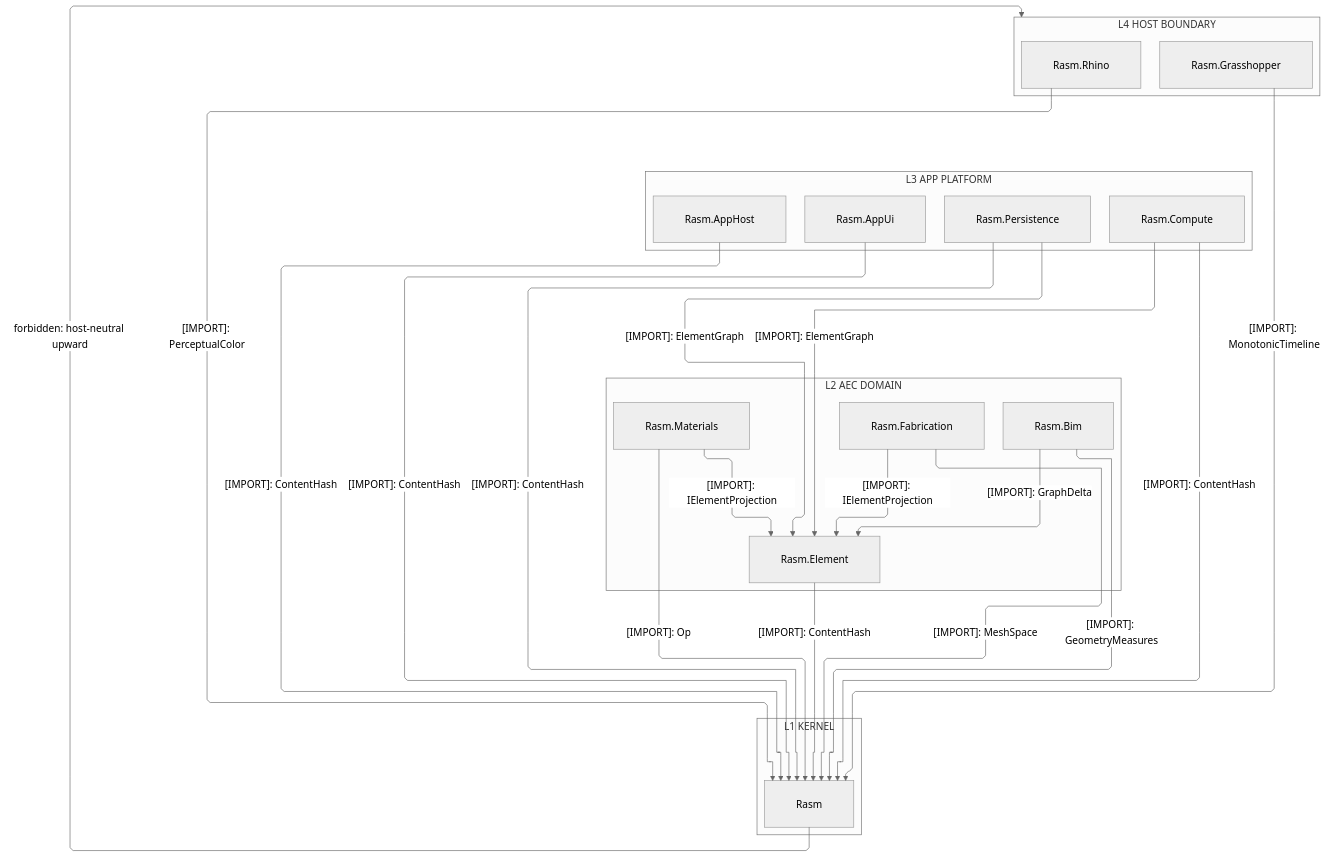
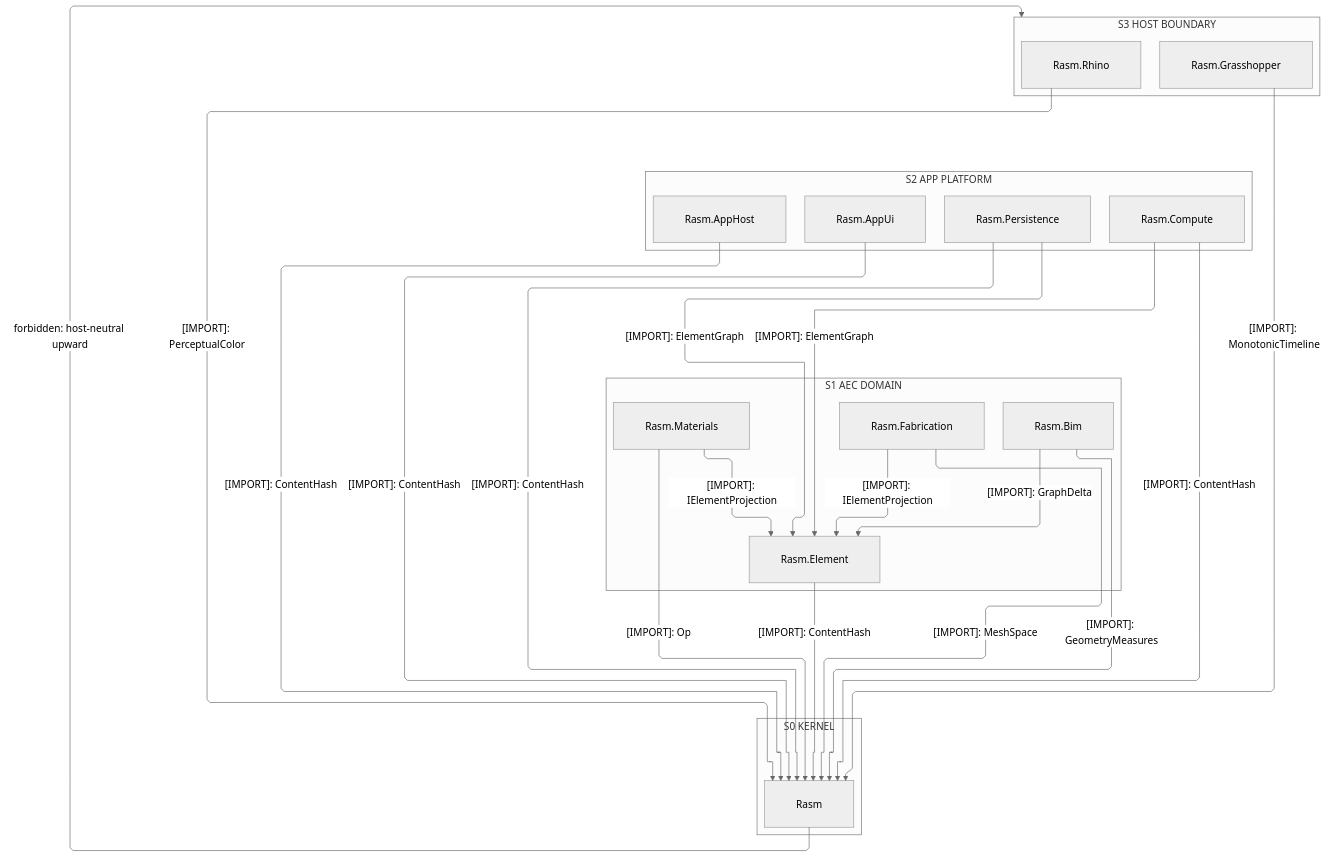
Before and after one commit to bsamiee/Rasm: the first of 5 diagrams in libs/csharp/.planning/ARCHITECTURE.md, drawn with Mermaid (neutral theme). The commit also changed other lines of this file and 383 other files, not shown here.

````diff
--- a/libs/csharp/.planning/ARCHITECTURE.md
+++ b/libs/csharp/.planning/ARCHITECTURE.md
@@ -32,51 +38,51 @@
 ```mermaid
 ---
 config:
   layout: elk
   flowchart:
     curve: linear
     padding: 25
 ---
 flowchart TB
     accTitle: C# branch package import strata
     accDescr: Four stacked strata from the host boundary through the app platform and the AEC domain onto the kernel — every reference edge downward and solid, labeled edges naming one sourced type, the host boundary skipping straight to the kernel, and one forbidden host-neutral upward edge.
-    subgraph L4["L4 HOST BOUNDARY"]
+    subgraph S3["S3 HOST BOUNDARY"]
         Rhino[Rasm.Rhino]
         Grasshopper[Rasm.Grasshopper]
     end
-    subgraph L3["L3 APP PLATFORM"]
+    subgraph S2["S2 APP PLATFORM"]
         Persistence[Rasm.Persistence]
         Compute[Rasm.Compute]
         AppHost[Rasm.AppHost]
         AppUi[Rasm.AppUi]
     end
-    subgraph L2["L2 AEC DOMAIN"]
+    subgraph S1["S1 AEC DOMAIN"]
         Bim[Rasm.Bim]
         Element[Rasm.Element]
         Materials[Rasm.Materials]
         Fabrication[Rasm.Fabrication]
     end
-    subgraph L1["L1 KERNEL"]
+    subgraph S0["S0 KERNEL"]
         Rasm[Rasm]
     end
     Rhino ~~~ AppHost
     Rhino ~~~ AppUi
     Grasshopper ~~~ Compute
     Grasshopper ~~~ Persistence
     Rhino -->|"[IMPORT]: PerceptualColor"| Rasm
     Grasshopper -->|"[IMPORT]: MonotonicTimeline"| Rasm
     AppHost -->|"[IMPORT]: ContentHash"| Rasm
     Persistence -->|"[IMPORT]: ElementGraph"| Element
     Persistence -->|"[IMPORT]: ContentHash"| Rasm
     Compute -->|"[IMPORT]: ElementGraph"| Element
     Compute -->|"[IMPORT]: ContentHash"| Rasm
     AppUi -->|"[IMPORT]: ContentHash"| Rasm
     Materials -->|"[IMPORT]: IElementProjection"| Element
     Materials -->|"[IMPORT]: Op"| Rasm
     Bim -->|"[IMPORT]: GraphDelta"| Element
     Bim -->|"[IMPORT]: GeometryMeasures"| Rasm
     Fabrication -->|"[IMPORT]: IElementProjection"| Element
     Fabrication -->|"[IMPORT]: MeshSpace"| Rasm
     Element -->|"[IMPORT]: ContentHash"| Rasm
-    Rasm -->|"forbidden: host-neutral upward"| L4
+    Rasm -->|"forbidden: host-neutral upward"| S3
 ```
````
